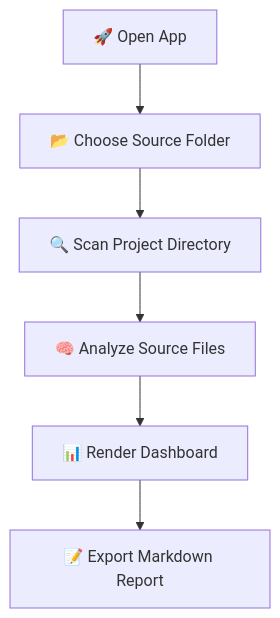
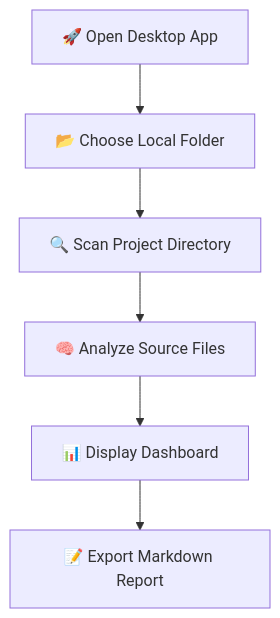
The first of 3 diagrams in README.md (ThanhNguyn/Codebase-Analyzer), drawn with Mermaid before and after one commit. The commit also changed other lines of this file, not shown here.

````diff
--- a/README.md
+++ b/README.md
@@ -57,8 +317,8 @@
 ```mermaid
 flowchart TD
-    A[🚀 Open App] --> B[📂 Choose Source Folder]
+    A[🚀 Open Desktop App] --> B[📂 Choose Local Folder]
     B --> C[🔍 Scan Project Directory]
     C --> D[🧠 Analyze Source Files]
-    D --> E[📊 Render Dashboard]
+    D --> E[📊 Display Dashboard]
     E --> F[📝 Export Markdown Report]
 ```
````
